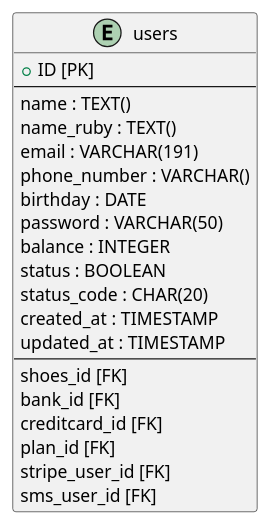
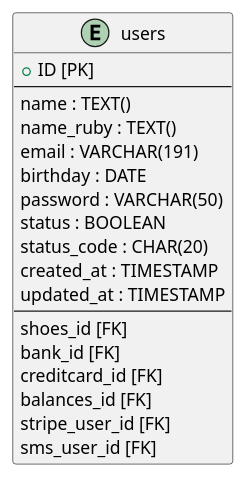
The diagram in db/users.pu (mybz-inc/sneaker), drawn with PlantUML before and after one commit. The commit also changed 13 other files, not shown here.

```diff
--- a/db/users.pu
+++ b/db/users.pu
@@ -1,24 +1,22 @@
 @startuml users
 entity users {
   + ID [PK]
   --
   name : TEXT()
   name_ruby : TEXT()
   email : VARCHAR(191)
-  phone_number : VARCHAR()
   birthday : DATE
   password : VARCHAR(50)
-  balance : INTEGER
   status : BOOLEAN
   status_code : CHAR(20)
   created_at : TIMESTAMP
   updated_at : TIMESTAMP
   --
   shoes_id [FK]
   bank_id [FK]
   creditcard_id [FK]
-  plan_id [FK]
+  balances_id [FK]
   stripe_user_id [FK]
   sms_user_id [FK]
 }
 @enduml
```
